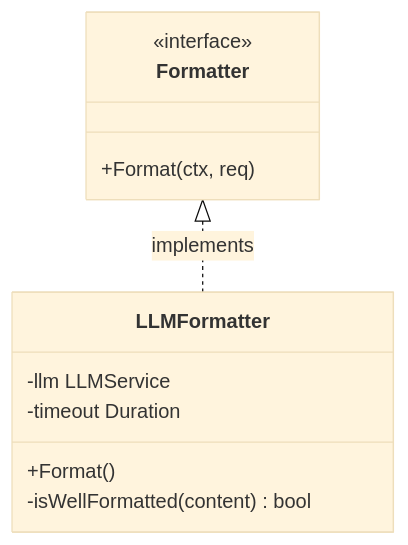
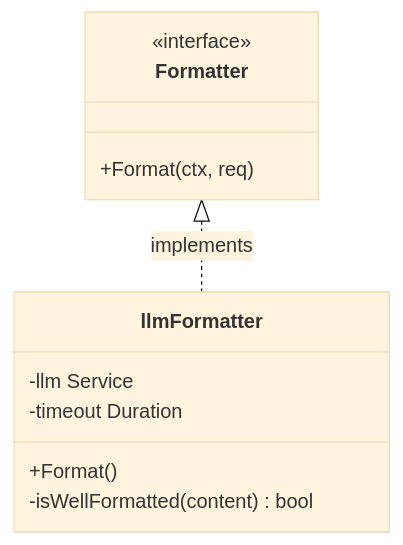
One commit to 88lin/divinesense changed the first of 2 diagrams in ai/format/README.md. Above: the diagram before and after it, drawn with Mermaid (base theme). The commit also changed other lines of this file and 27 other files, not shown here.

````diff
--- a/ai/format/README.md
+++ b/ai/format/README.md
@@ -7,15 +7,15 @@
 ```mermaid
 classDiagram
     class Formatter {
         <<interface>>
         +Format(ctx, req)
     }
-    class LLMFormatter {
-        -llm LLMService
+    class llmFormatter {
+        -llm Service
         -timeout Duration
         +Format()
         -isWellFormatted(content) bool
     }
-    
-    Formatter <|.. LLMFormatter : implements
+
+    Formatter <|.. llmFormatter : implements
 ```
````
